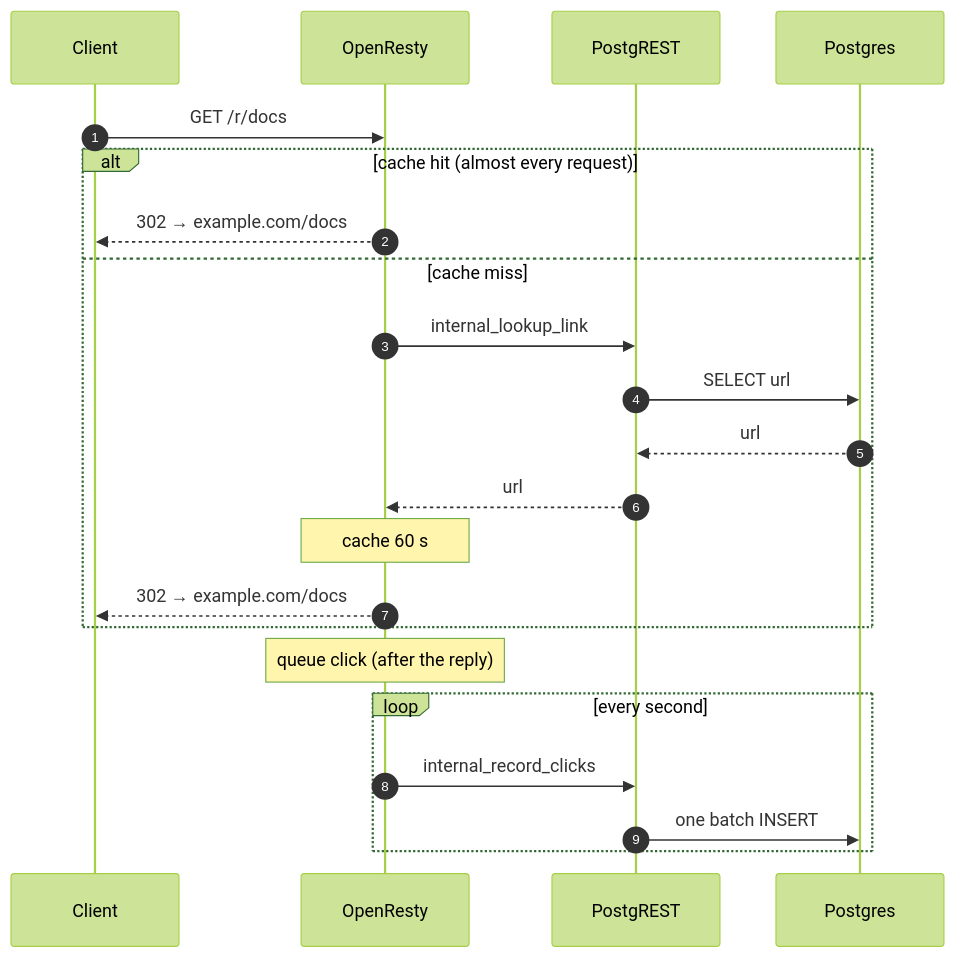
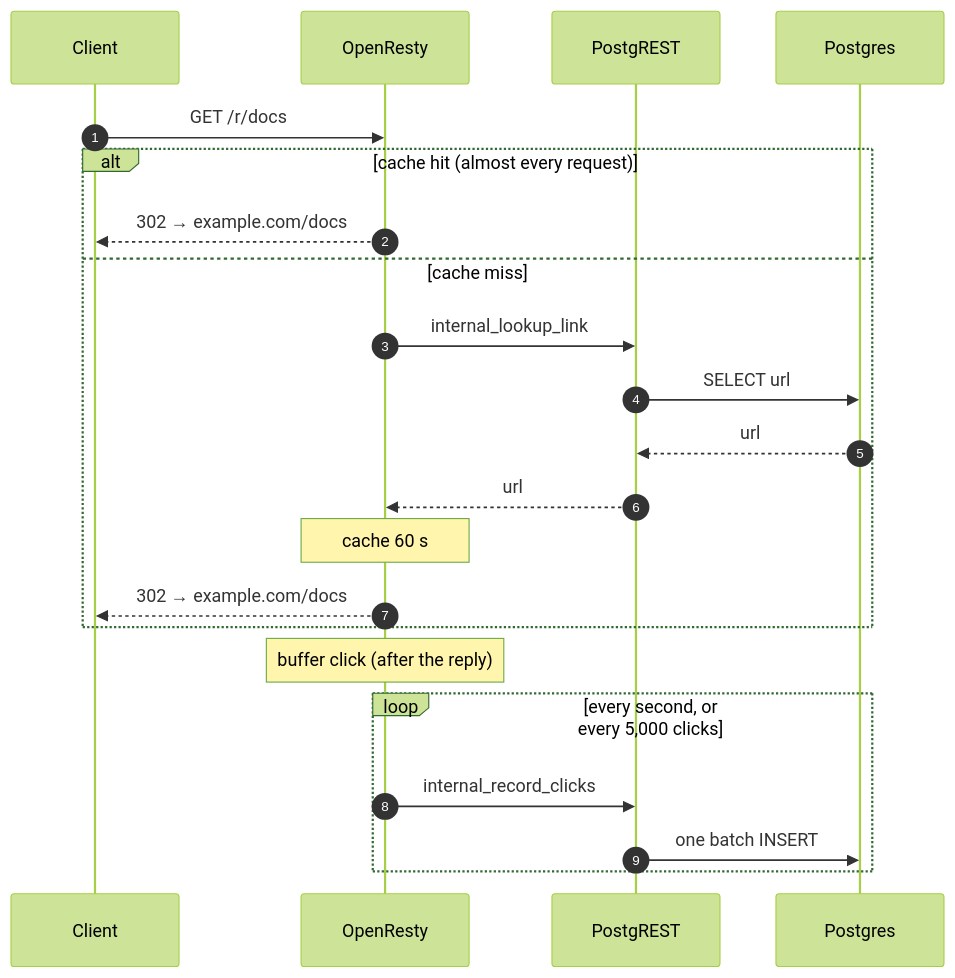
Before and after one commit to menezmethod/ref_pg: the second of 2 diagrams in README.md, drawn with Mermaid (forest theme). The commit also changed other lines of this file and 16 other files, not shown here.

````diff
--- a/README.md
+++ b/README.md
@@ -41,26 +41,26 @@
 ```mermaid
 sequenceDiagram
     autonumber
     participant C as Client
     participant N as OpenResty
     participant R as PostgREST
     participant P as Postgres
 
     C->>N: GET /r/docs
     alt cache hit (almost every request)
         N-->>C: 302 → example.com/docs
     else cache miss
         N->>R: internal_lookup_link
         R->>P: SELECT url
         P-->>R: url
         R-->>N: url
         Note over N: cache 60 s
         N-->>C: 302 → example.com/docs
     end
-    Note over N: queue click (after the reply)
+    Note over N: buffer click (after the reply)
 
-    loop every second
+    loop every second, or every 5,000 clicks
         N->>R: internal_record_clicks
         R->>P: one batch INSERT
     end
 ```
````
